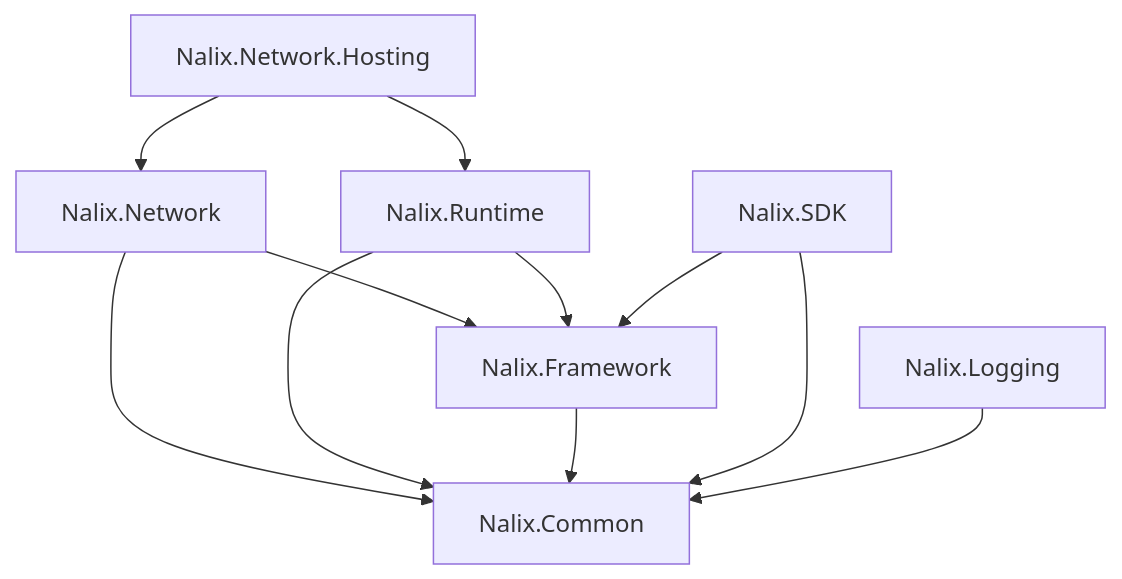
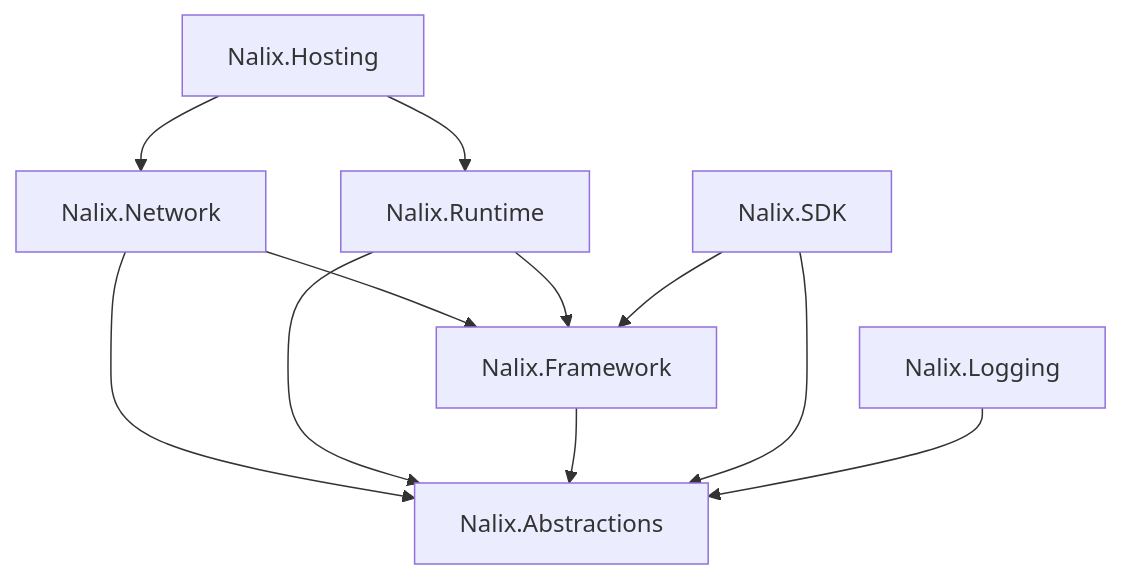
The diagram in docs/installation.md (ppn-systems/Nalix), drawn with Mermaid before and after one commit. The commit also changed other lines of this file and 1038 other files, not shown here.

````diff
--- a/docs/installation.md
+++ b/docs/installation.md
@@ -112,13 +112,13 @@
 ```mermaid
 graph TD
-    Hosting["Nalix.Network.Hosting"] --> Network["Nalix.Network"]
+    Hosting["Nalix.Hosting"] --> Network["Nalix.Network"]
     Hosting --> Runtime["Nalix.Runtime"]
     Network --> Framework["Nalix.Framework"]
-    Network --> Common["Nalix.Common"]
+    Network --> Common["Nalix.Abstractions"]
     Runtime --> Framework
     Runtime --> Common
     Framework --> Common
     SDK["Nalix.SDK"] --> Framework
     SDK --> Common
     Logging["Nalix.Logging"] --> Common
 ```
````
